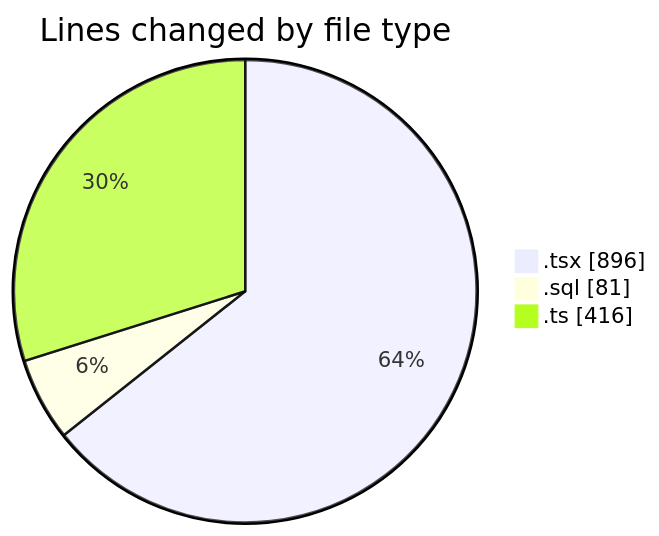
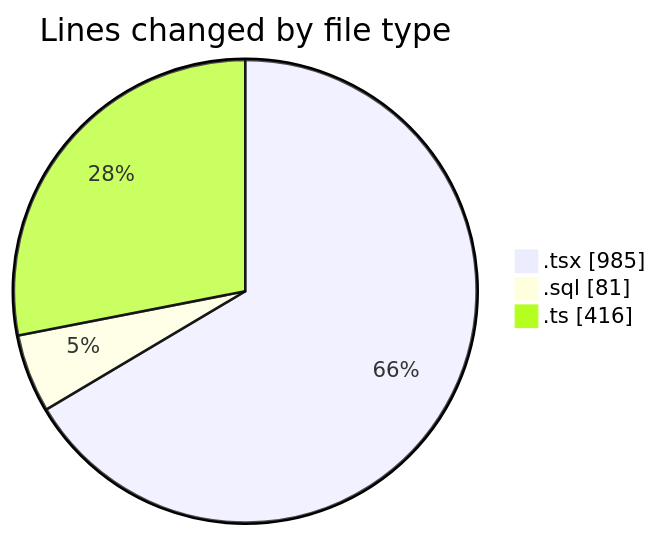
Before and after one commit to lephambinh05/code-tracking: the first of 2 diagrams in 2025-09-09/hiai-phf/README.md, drawn with Mermaid. The commit also changed other lines of this file and 1 other file, not shown here.

````diff
--- a/2025-09-09/hiai-phf/README.md
+++ b/2025-09-09/hiai-phf/README.md
@@ -36,7 +36,7 @@
 ```mermaid
 pie showData
 title Lines changed by file type
-".tsx" : 896
+".tsx" : 985
 ".sql" : 81
 ".ts" : 416
 ```
````
